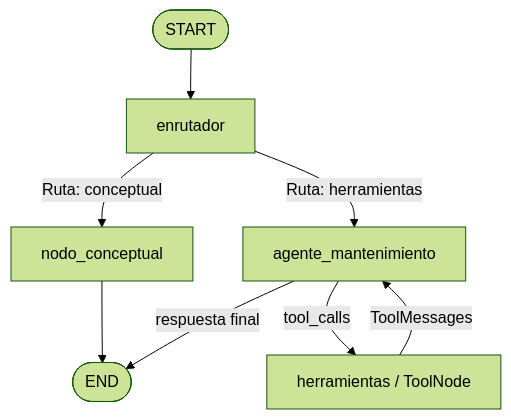
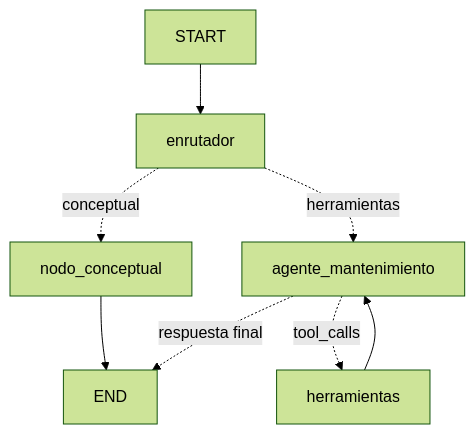
The diagram in README.md (811sg/MantenIA), drawn with Mermaid (forest theme) before and after one commit. The commit also changed other lines of this file and 50 other files, not shown here.

````diff
--- a/README.md
+++ b/README.md
@@ -29,10 +27,10 @@
 ```mermaid
 graph TD
-    __start__([START]) --> enrutador[enrutador]
-    enrutador -->|Ruta: conceptual| nodo_conceptual[nodo_conceptual]
-    enrutador -->|Ruta: herramientas| agente_mantenimiento[agente_mantenimiento]
-    nodo_conceptual --> __end__([END])
-    agente_mantenimiento -->|tool_calls| herramientas[herramientas / ToolNode]
-    agente_mantenimiento -->|respuesta final| __end__
-    herramientas -->|ToolMessages| agente_mantenimiento
+    START --> enrutador
+    enrutador -.->|conceptual| nodo_conceptual
+    enrutador -.->|herramientas| agente_mantenimiento
+    nodo_conceptual --> END
+    agente_mantenimiento -.->|tool_calls| herramientas
+    agente_mantenimiento -.->|respuesta final| END
+    herramientas --> agente_mantenimiento
 ```
````
